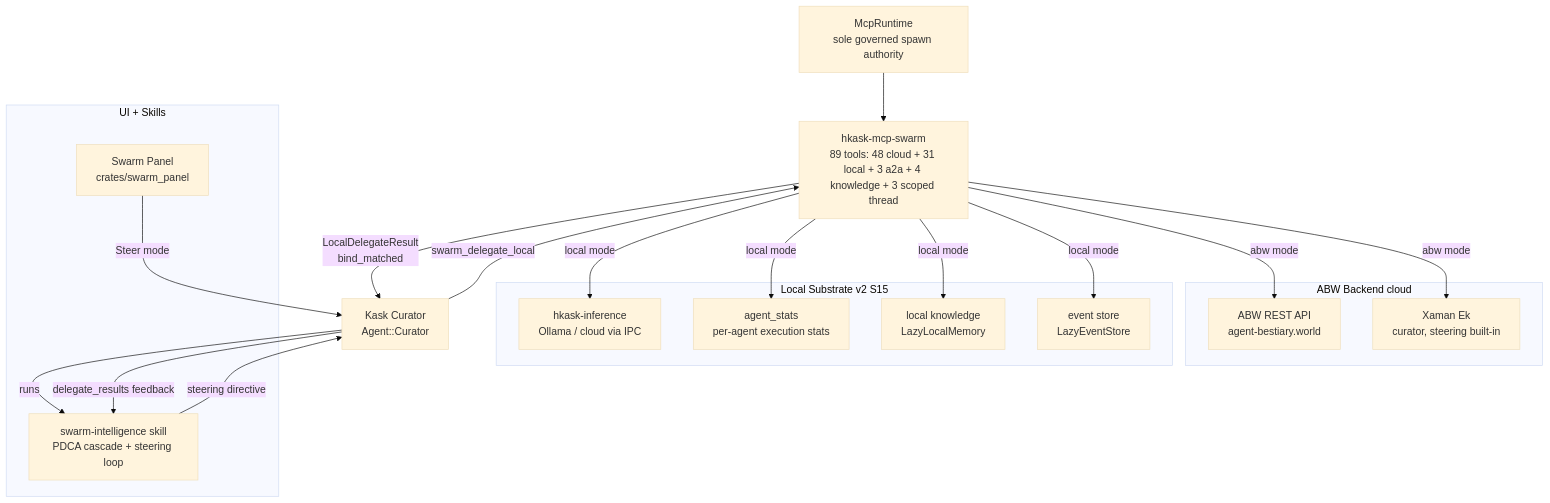
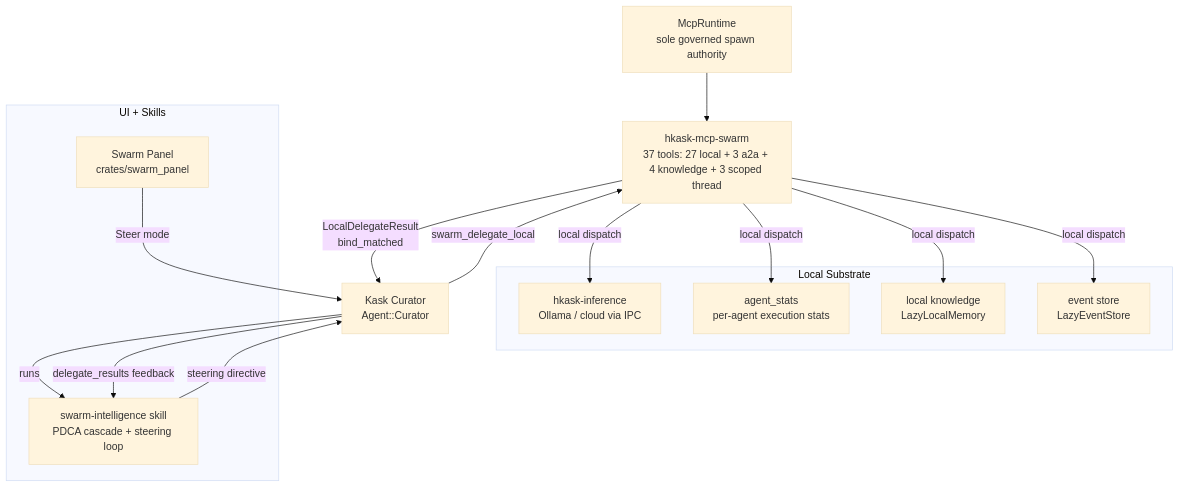
The first of 6 diagrams in kask/docs/diagrams/swarm.md (mdz-axo/zed-kask), drawn with Mermaid (base theme) before and after one commit. The commit also changed other lines of this file and 31 other files, not shown here.

First line of the commit message:
Remove remaining ABW cloud references

````diff
--- a/kask/docs/diagrams/swarm.md
+++ b/kask/docs/diagrams/swarm.md
@@ -43,36 +43,29 @@
 ```mermaid
 flowchart TD
     MR[McpRuntime<br/>sole governed spawn authority]
-    SWARM[hkask-mcp-swarm<br/>89 tools: 48 cloud + 31 local + 3 a2a + 4 knowledge + 3 scoped thread]
+    SWARM[hkask-mcp-swarm<br/>37 tools: 27 local + 3 a2a + 4 knowledge + 3 scoped thread]
     MR --> SWARM
 
-    subgraph abw[ABW Backend cloud]
-        ABW_API[ABW REST API<br/>agent-bestiary.world]
-        XAMAN[Xaman Ek<br/>curator, steering built-in]
-    end
-
-    subgraph local[Local Substrate v2 S15]
+    subgraph local[Local Substrate]
         INF[hkask-inference<br/>Ollama / cloud via IPC]
         STATS[agent_stats<br/>per-agent execution stats]
         MEMORY[local knowledge<br/>LazyLocalMemory]
         EVENTS[event store<br/>LazyEventStore]
     end
 
-    SWARM -->|abw mode| ABW_API
-    SWARM -->|abw mode| XAMAN
-    SWARM -->|local mode| INF
-    SWARM -->|local mode| STATS
-    SWARM -->|local mode| MEMORY
-    SWARM -->|local mode| EVENTS
+    SWARM -->|local dispatch| INF
+    SWARM -->|local dispatch| STATS
+    SWARM -->|local dispatch| MEMORY
+    SWARM -->|local dispatch| EVENTS
 
     subgraph ui[UI + Skills]
         PANEL[Swarm Panel<br/>crates/swarm_panel]
         SI[swarm-intelligence skill<br/>PDCA cascade + steering loop]
     end
     PANEL -->|Steer mode| CURATOR[Kask Curator<br/>Agent::Curator]
     CURATOR -->|runs| SI
     SI -->|steering directive| CURATOR
     CURATOR -->|swarm_delegate_local| SWARM
     SWARM -->|LocalDelegateResult<br/>bind_matched| CURATOR
     CURATOR -->|delegate_results feedback| SI
 ```
````
